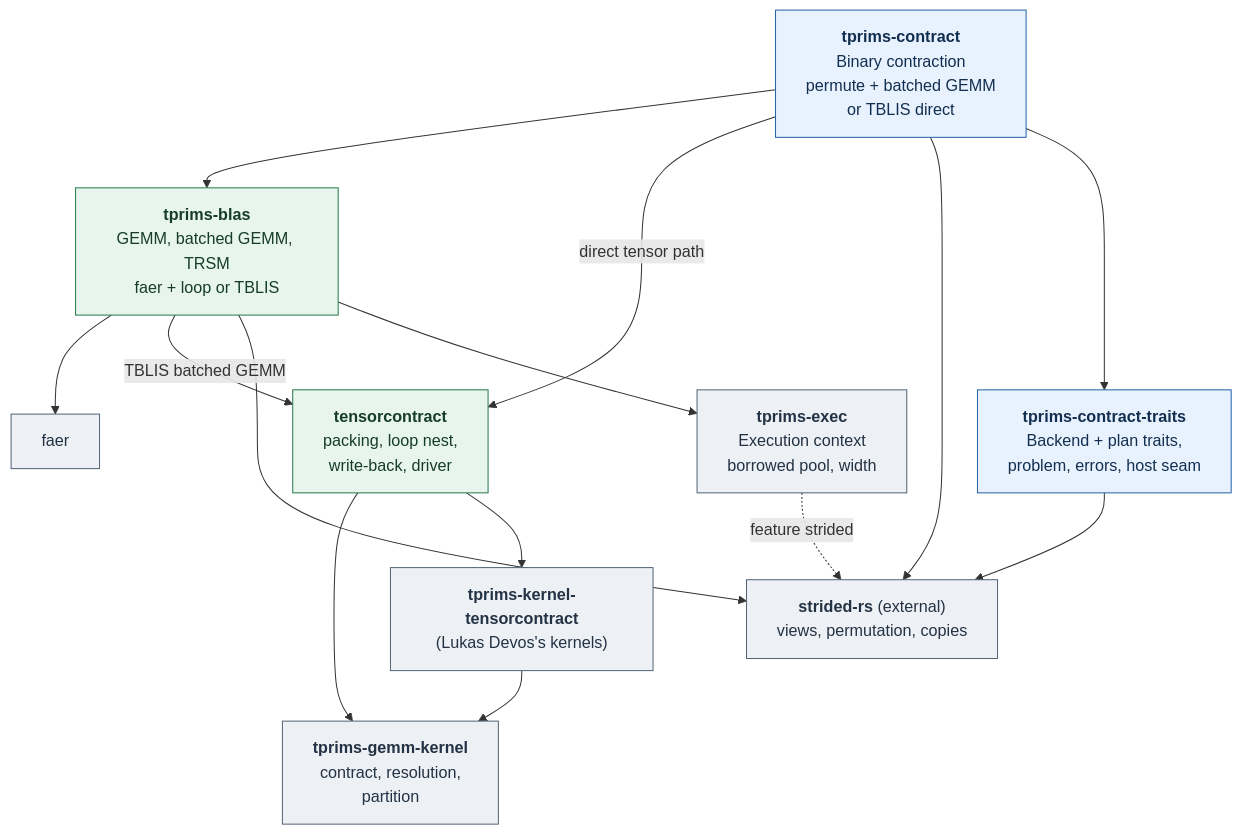
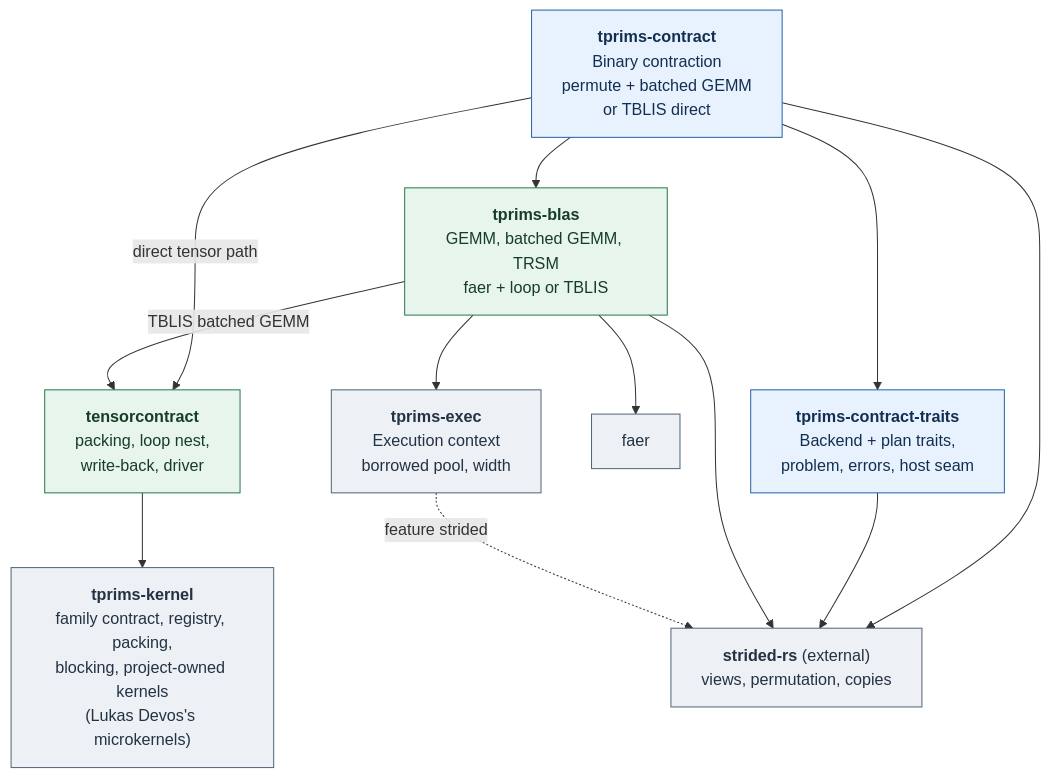
The first of 2 diagrams in README.md (shinaoka/tensoralgebra-rs), drawn with Mermaid before and after one commit. The commit also changed other lines of this file and 12 other files, not shown here.

First line of the commit message:
Docs: tprims-kernel, the id scheme, explicit configuration

````diff
--- a/README.md
+++ b/README.md
@@ -37,32 +37,29 @@
 ```mermaid
 flowchart TB
     CT["<b>tprims-contract</b><br/>Binary contraction<br/>permute + batched GEMM<br/>or TBLIS direct"]
     BL["<b>tprims-blas</b><br/>GEMM, batched GEMM, TRSM<br/>faer + loop or TBLIS"]
     TC["<b>tensorcontract</b><br/>packing, loop nest,<br/>write-back, driver"]
-    GK["<b>tprims-gemm-kernel</b><br/>contract, resolution,<br/>partition"]
-    KT["<b>tprims-kernel-tensorcontract</b><br/>(Lukas Devos's kernels)"]
+    GK["<b>tprims-kernel</b><br/>family contract, registry, packing,<br/>blocking, project-owned kernels<br/>(Lukas Devos's microkernels)"]
     TR["<b>tprims-contract-traits</b><br/>Backend + plan traits,<br/>problem, errors, host seam"]
     FA["faer"]
     ST["<b>strided-rs</b> (external)<br/>views, permutation, copies"]
     EX["<b>tprims-exec</b><br/>Execution context<br/>borrowed pool, width"]
     CT --> BL
     BL --> FA
     CT -->|"direct tensor path"| TC
     BL -->|"TBLIS batched GEMM"| TC
     TC --> GK
-    TC --> KT
-    KT --> GK
     CT --> ST
     CT --> TR
     TR --> ST
     BL --> ST
     BL --> EX
     EX -.->|"feature strided"| ST
     classDef tensor fill:#e8f2ff,stroke:#2563a6,color:#132f50
     classDef matrix fill:#e7f5ec,stroke:#28784c,color:#173d27
     classDef base fill:#edf0f4,stroke:#536477,color:#233244
     class CT,TR tensor
     class BL,TC matrix
-    class GK,KT base
+    class GK base
     class FA,ST,EX base
 ```
````
